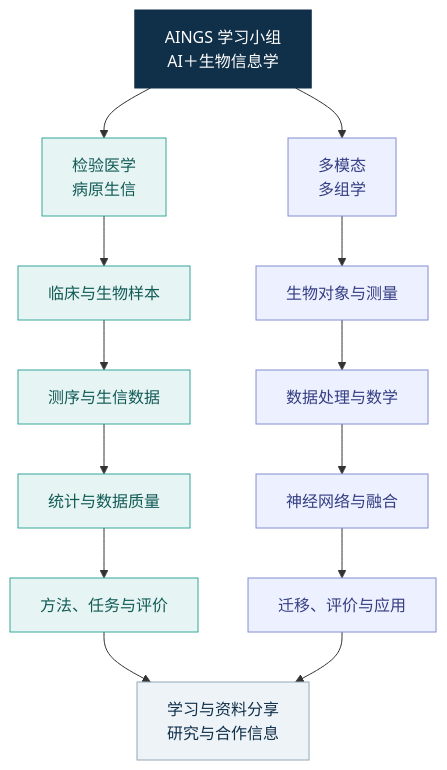
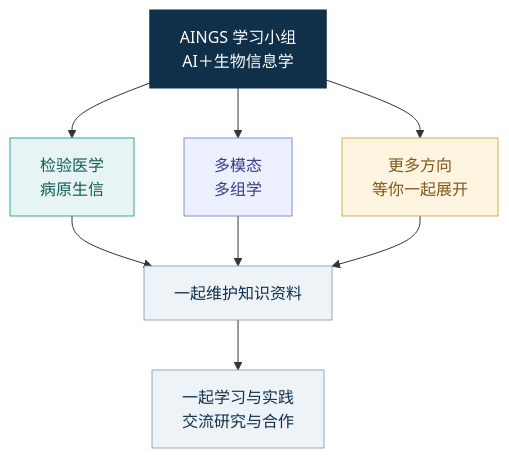
One commit to moshookee-ux/AINGS-study-group changed the diagram in README.md. Above: the diagram before and after it, drawn with Mermaid. The commit also changed other lines of this file and 50 other files, not shown here.

````diff
--- a/README.md
+++ b/README.md
@@ -20,23 +30,20 @@
 ```mermaid
 flowchart TB
-    E["AINGS 学习小组<br/>AI＋生物信息学"] --> A["检验医学<br/>病原生信"]
-    E --> B["多模态<br/>多组学"]
-    A --> A1["临床与生物样本"]
-    A1 --> A2["测序与生信数据"]
-    A2 --> A3["统计与数据质量"]
-    A3 --> A4["方法、任务与评价"]
-    B --> B1["生物对象与测量"]
-    B1 --> B2["数据处理与数学"]
-    B2 --> B3["神经网络与融合"]
-    B3 --> B4["迁移、评价与应用"]
-    A4 --> O["学习与资料分享<br/>研究与合作信息"]
-    B4 --> O
-    classDef entry fill:#102f49,color:#fff,stroke:#102f49;
+    G["AINGS 学习小组<br/>AI＋生物信息学"] --> A["检验医学<br/>病原生信"]
+    G --> B["多模态<br/>多组学"]
+    G --> C["更多方向<br/>等你一起展开"]
+    A --> K["一起维护知识资料"]
+    B --> K
+    C --> K
+    K --> S["一起学习与实践<br/>交流研究与合作"]
+    classDef group fill:#102f49,color:#fff,stroke:#102f49;
+    classDef clinical fill:#e6f4f3,color:#125b57,stroke:#39a69c;
+    classDef omics fill:#edf0ff,color:#343e83,stroke:#818ed2;
+    classDef new fill:#fff4df,color:#80571a,stroke:#d5ae59;
     classDef shared fill:#eef3f7,color:#102f49,stroke:#91a8b9;
-    classDef trackA fill:#e6f4f3,color:#125b57,stroke:#39a69c;
-    classDef trackB fill:#edf0ff,color:#343e83,stroke:#818ed2;
-    class E entry;
-    class O shared;
-    class A,A1,A2,A3,A4 trackA;
-    class B,B1,B2,B3,B4 trackB;
+    class G group;
+    class A clinical;
+    class B omics;
+    class C new;
+    class K,S shared;
 ```
````
